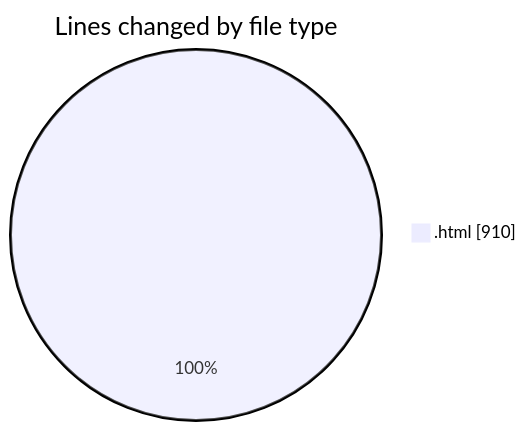
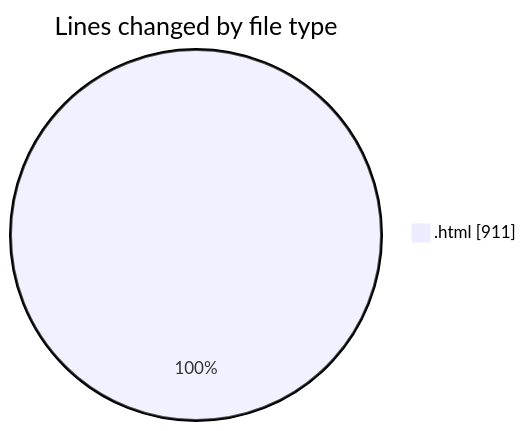
The first of 2 diagrams in 2025-12-10/www/README.md (vahidmafi/code-tracking), drawn with Mermaid before and after one commit. The commit also changed other lines of this file and 1 other file, not shown here.

````diff
--- a/2025-12-10/www/README.md
+++ b/2025-12-10/www/README.md
@@ -20,5 +20,5 @@
 ```mermaid
 pie showData
 title Lines changed by file type
-".html" : 910
+".html" : 911
 ```
````
